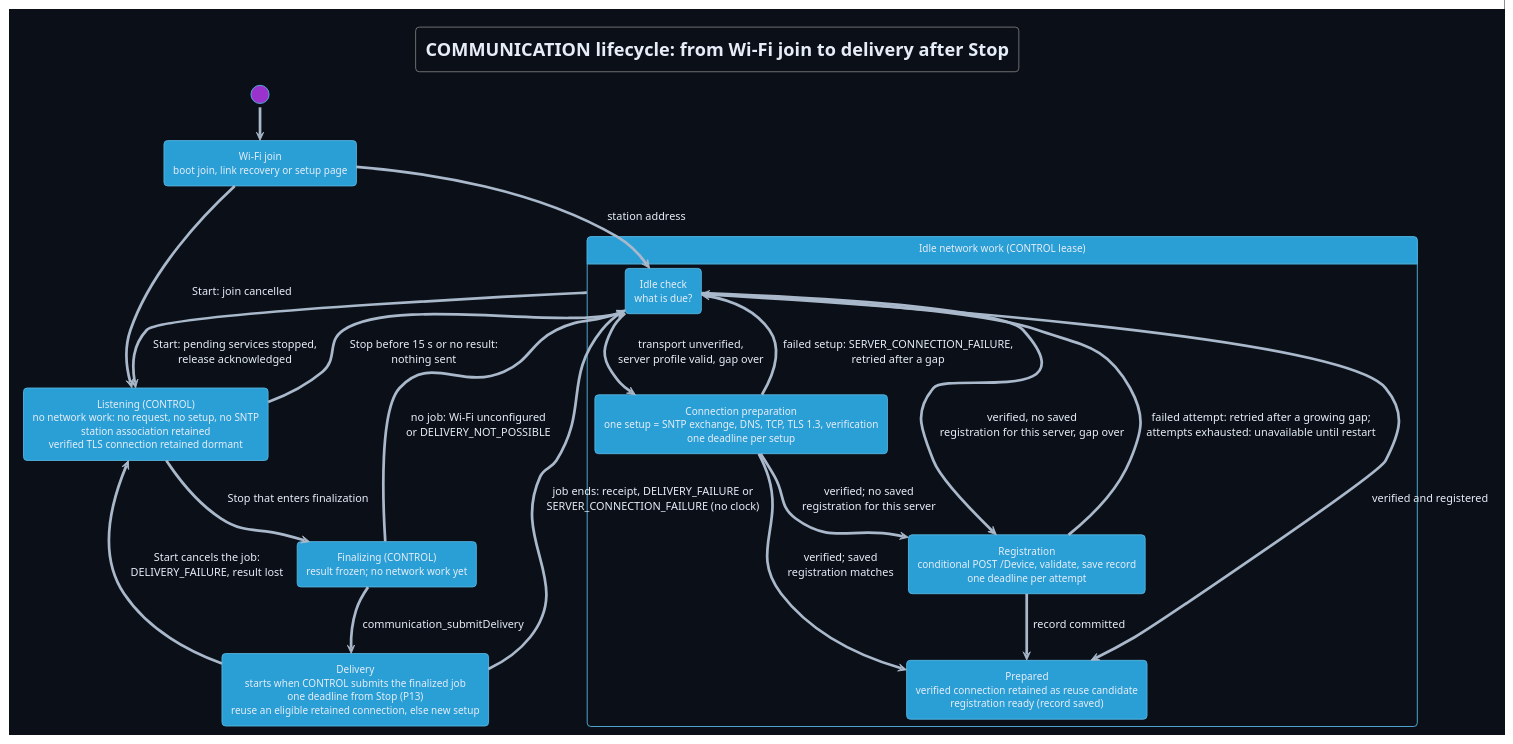
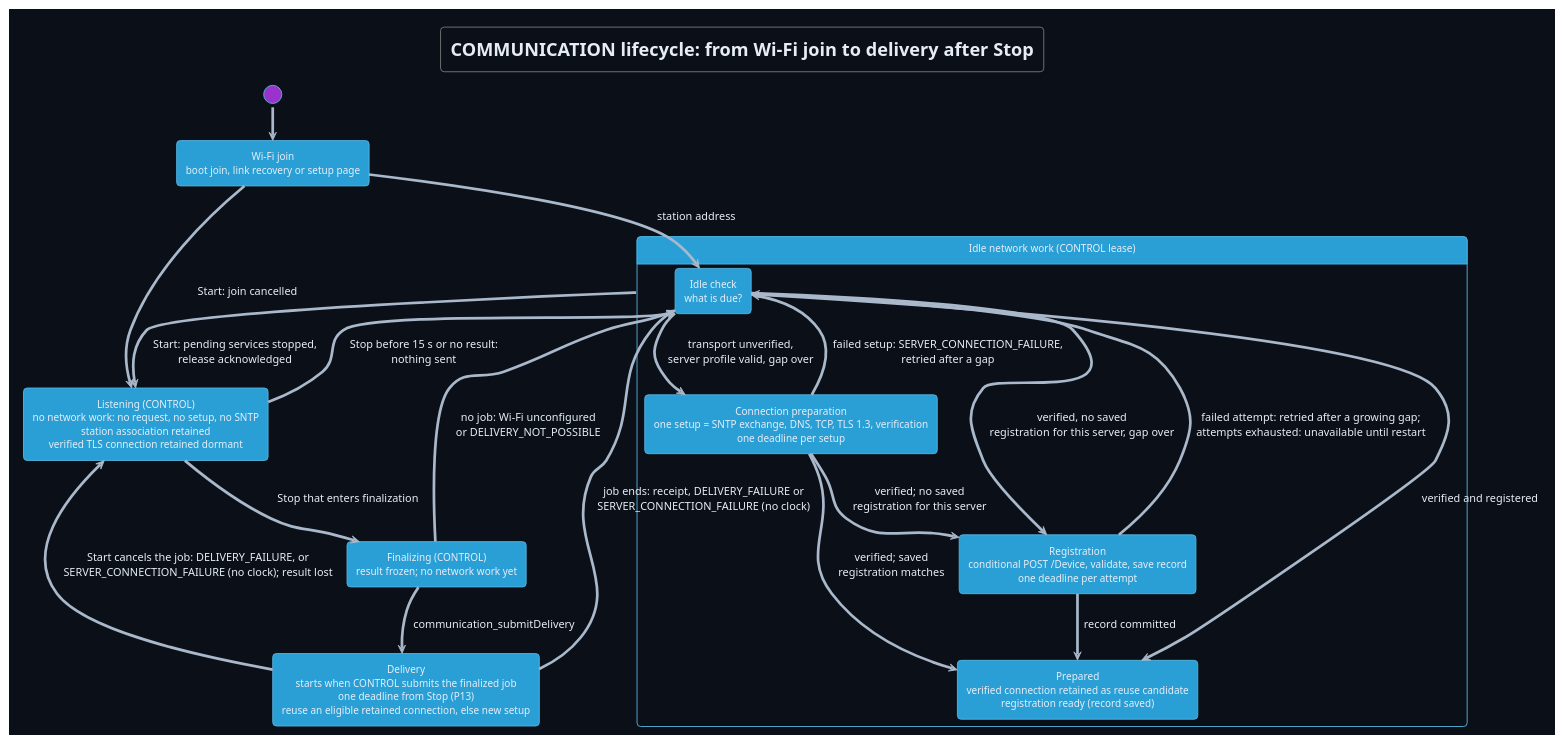
One commit to DemonicPsychoII/DigitalStethoscope changed the diagram in Development/system/architecture/COMMUNICATION/communication-lifecycle.puml. Above: the diagram before and after it, drawn with PlantUML. The commit also changed 11 other files, not shown here.

First line of the commit message:
documentation: correct five diagram statements that differed from the design and remove as-built wording from the STORAGE design

```diff
--- a/Development/system/architecture/COMMUNICATION/communication-lifecycle.puml
+++ b/Development/system/architecture/COMMUNICATION/communication-lifecycle.puml
@@ -1,39 +1,39 @@
 @startuml communication_lifecycle
 !theme cyborg
 !pragma layout smetana
 skinparam shadowing false
 skinparam defaultFontName SansSerif
 skinparam backgroundColor #0b1018
 skinparam defaultFontColor #e6edf7
 skinparam ArrowColor #a9b8ca
 title COMMUNICATION lifecycle: from Wi-Fi join to delivery after Stop
 hide empty description
 state "Wi-Fi join\nboot join, link recovery or setup page" as Join
 state "Idle network work (CONTROL lease)" as Idle {
  state "Idle check\nwhat is due?" as Check
  state "Connection preparation\none setup = SNTP exchange, DNS, TCP, TLS 1.3, verification\none deadline per setup" as Preparation
  state "Registration\nconditional POST /Device, validate, save record\none deadline per attempt" as Registration
  state "Prepared\nverified connection retained as reuse candidate\nregistration ready (record saved)" as Prepared
 }
 state "Listening (CONTROL)\nno network work: no request, no setup, no SNTP\nstation association retained\nverified TLS connection retained dormant" as Listening
 state "Finalizing (CONTROL)\nresult frozen; no network work yet" as Finalizing
 state "Delivery\nstarts when CONTROL submits the finalized job\none deadline from Stop (P13)\nreuse an eligible retained connection, else new setup" as Delivery
 [*] --> Join
 Join -down-> Check : station address
 Check --> Preparation : transport unverified,\nserver profile valid, gap over
 Check --> Registration : verified, no saved\nregistration for this server, gap over
 Check --> Prepared : verified and registered
 Preparation --> Check : failed setup: SERVER_CONNECTION_FAILURE,\nretried after a gap
 Preparation --> Registration : verified; no saved\nregistration for this server
 Preparation --> Prepared : verified; saved\nregistration matches
 Registration --> Prepared : record committed
 Registration --> Check : failed attempt: retried after a growing gap;\nattempts exhausted: unavailable until restart
 Idle -down-> Listening : Start: pending services stopped,\nrelease acknowledged
 Join --> Listening : Start: join cancelled
 Listening -up-> Check : Stop before 15 s or no result:\nnothing sent
 Listening -down-> Finalizing : Stop that enters finalization
 Finalizing -up-> Check : no job: Wi-Fi unconfigured\nor DELIVERY_NOT_POSSIBLE
 Finalizing -down-> Delivery : communication_submitDelivery
 Delivery -up-> Check : job ends: receipt, DELIVERY_FAILURE or\nSERVER_CONNECTION_FAILURE (no clock)
-Delivery -up-> Listening : Start cancels the job:\nDELIVERY_FAILURE, result lost
+Delivery -up-> Listening : Start cancels the job: DELIVERY_FAILURE, or\nSERVER_CONNECTION_FAILURE (no clock); result lost
 @enduml
```
